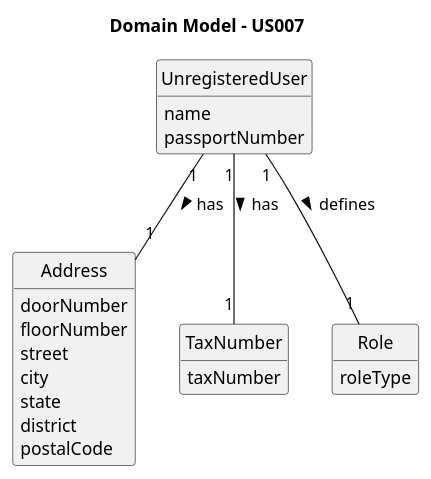
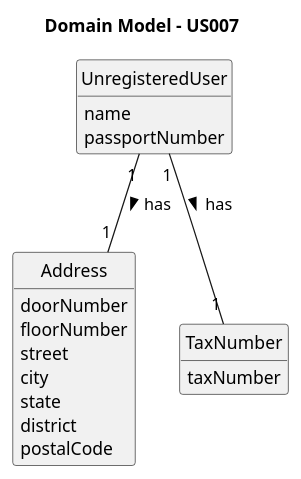
Before and after one commit to 1220812/LAPR2: the diagram in docs/sprintB/us007/02.analysis/puml/us007-domain-model.puml, drawn with PlantUML. The commit also changed 16 other files, not shown here.

```diff
--- a/docs/sprintB/us007/02.analysis/puml/us007-domain-model.puml
+++ b/docs/sprintB/us007/02.analysis/puml/us007-domain-model.puml
@@ -1,42 +1,37 @@
 @startuml
 skinparam monochrome true
 skinparam packageStyle rectangle
 skinparam shadowing false
 
 'left to right direction
 
 skinparam classAttributeIconSize 0
 
 hide circle
 hide methods
 
 title Domain Model - US007
 
 class UnregisteredUser{
 name
 passportNumber
 }
 
 class Address{
 doorNumber
 floorNumber
 street
 city
 state
 district
 postalCode
 }
 
 class TaxNumber{
 taxNumber
 }
 
-class Role{
-roleType
-}
-
 UnregisteredUser "1" -- "1" Address : has >
 UnregisteredUser "1" -- "1" TaxNumber : has >
-UnregisteredUser "1" -- "1" Role : defines >
 
 @enduml
```
